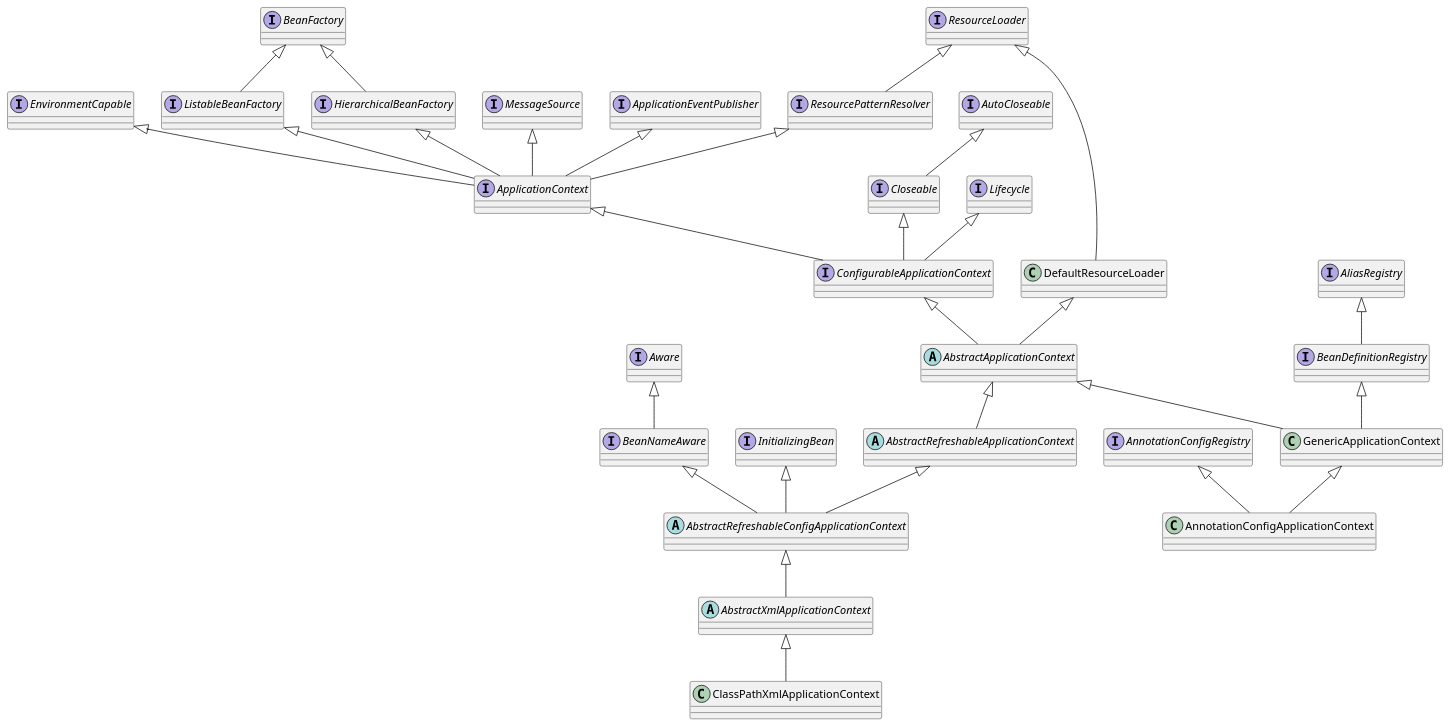
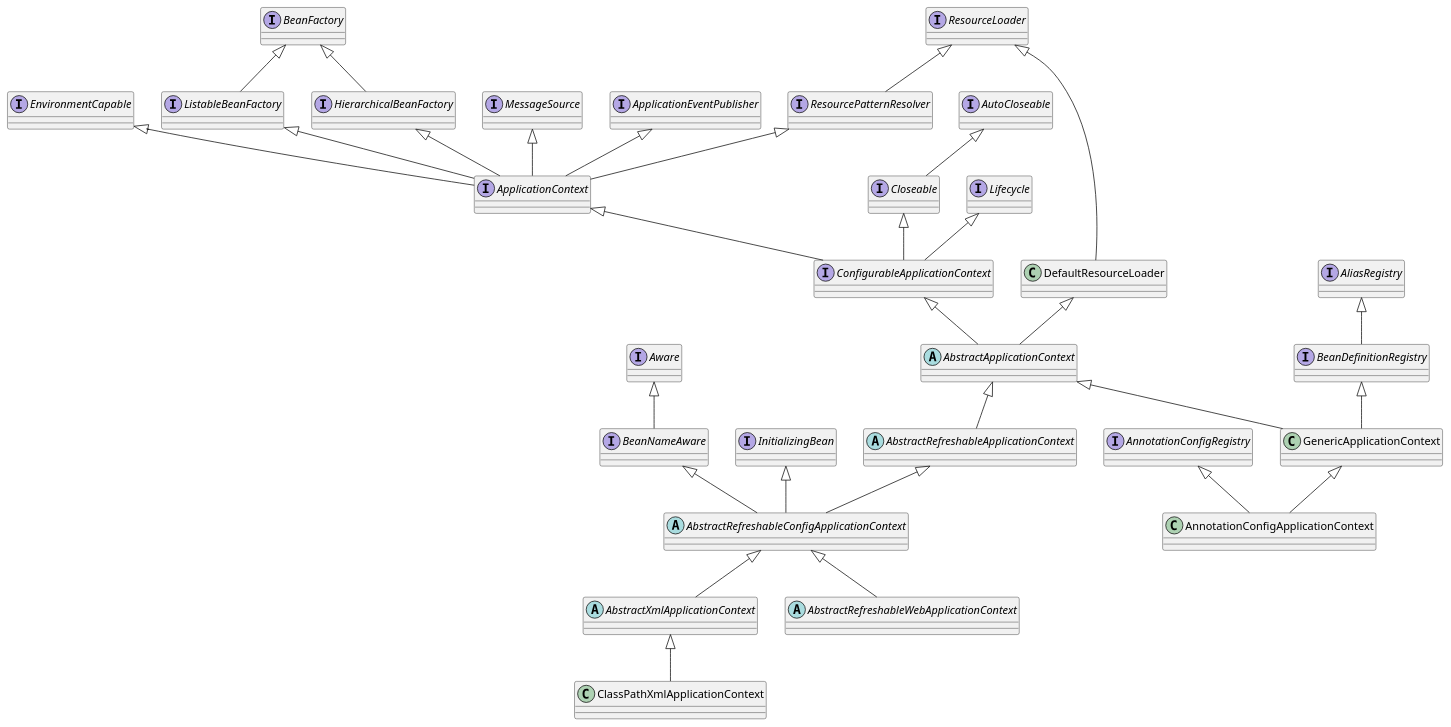
One commit to CodeEvangelist/spring changed the diagram in spring-context/spring-context-class.puml. Above: the diagram before and after it, drawn with PlantUML. The commit also changed 2 other files, not shown here.

```diff
--- a/spring-context/spring-context-class.puml
+++ b/spring-context/spring-context-class.puml
@@ -1,77 +1,80 @@
 @startuml
 
 interface ResourceLoader
 
 interface AutoCloseable
 interface Closeable
 interface EnvironmentCapable
 interface BeanFactory
 interface ListableBeanFactory
 interface HierarchicalBeanFactory
 interface MessageSource
 interface ApplicationEventPublisher
 interface ResourcePatternResolver
 interface ApplicationContext
 
 
 
 AutoCloseable <|-- Closeable
 BeanFactory <|-- ListableBeanFactory
 BeanFactory <|-- HierarchicalBeanFactory
 ResourceLoader <|-- ResourcePatternResolver
 ListableBeanFactory <|-- ApplicationContext
 HierarchicalBeanFactory <|-- ApplicationContext
 ResourcePatternResolver <|-- ApplicationContext
 EnvironmentCapable <|-- ApplicationContext
 MessageSource <|-- ApplicationContext
 ApplicationEventPublisher <|-- ApplicationContext
 
 
 
 interface Lifecycle
 interface ConfigurableApplicationContext
 
 Lifecycle <|-- ConfigurableApplicationContext
 Closeable <|-- ConfigurableApplicationContext
 ApplicationContext <|-- ConfigurableApplicationContext
 
 abstract class AbstractApplicationContext
 class DefaultResourceLoader
 ResourceLoader <|-- DefaultResourceLoader
 ConfigurableApplicationContext <|-- AbstractApplicationContext
 DefaultResourceLoader <|-- AbstractApplicationContext
 
 abstract class AbstractRefreshableApplicationContext
 AbstractApplicationContext <|-- AbstractRefreshableApplicationContext
 
 interface Aware
 interface BeanNameAware
 Aware <|-- BeanNameAware
 
 interface InitializingBean
 abstract class AbstractRefreshableConfigApplicationContext
 InitializingBean <|-- AbstractRefreshableConfigApplicationContext
 BeanNameAware <|-- AbstractRefreshableConfigApplicationContext
 AbstractRefreshableApplicationContext <|-- AbstractRefreshableConfigApplicationContext
 
 abstract class AbstractXmlApplicationContext
 AbstractRefreshableConfigApplicationContext <|-- AbstractXmlApplicationContext
 
 class ClassPathXmlApplicationContext
 /'从xml-context初始spring-context体系'/
 AbstractXmlApplicationContext <|-- ClassPathXmlApplicationContext
 
 interface AliasRegistry
 interface BeanDefinitionRegistry
 AliasRegistry <|-- BeanDefinitionRegistry
 
 class GenericApplicationContext
 BeanDefinitionRegistry <|-- GenericApplicationContext
 AbstractApplicationContext <|-- GenericApplicationContext
 interface AnnotationConfigRegistry
 /'加入annotation-context和xml-context作比较来看出spring对于context体系的设计'/
 class AnnotationConfigApplicationContext
 GenericApplicationContext <|-- AnnotationConfigApplicationContext
 AnnotationConfigRegistry <|-- AnnotationConfigApplicationContext
 
+abstract class AbstractRefreshableWebApplicationContext
+AbstractRefreshableConfigApplicationContext <|-- AbstractRefreshableWebApplicationContext
+
 @enduml
```
